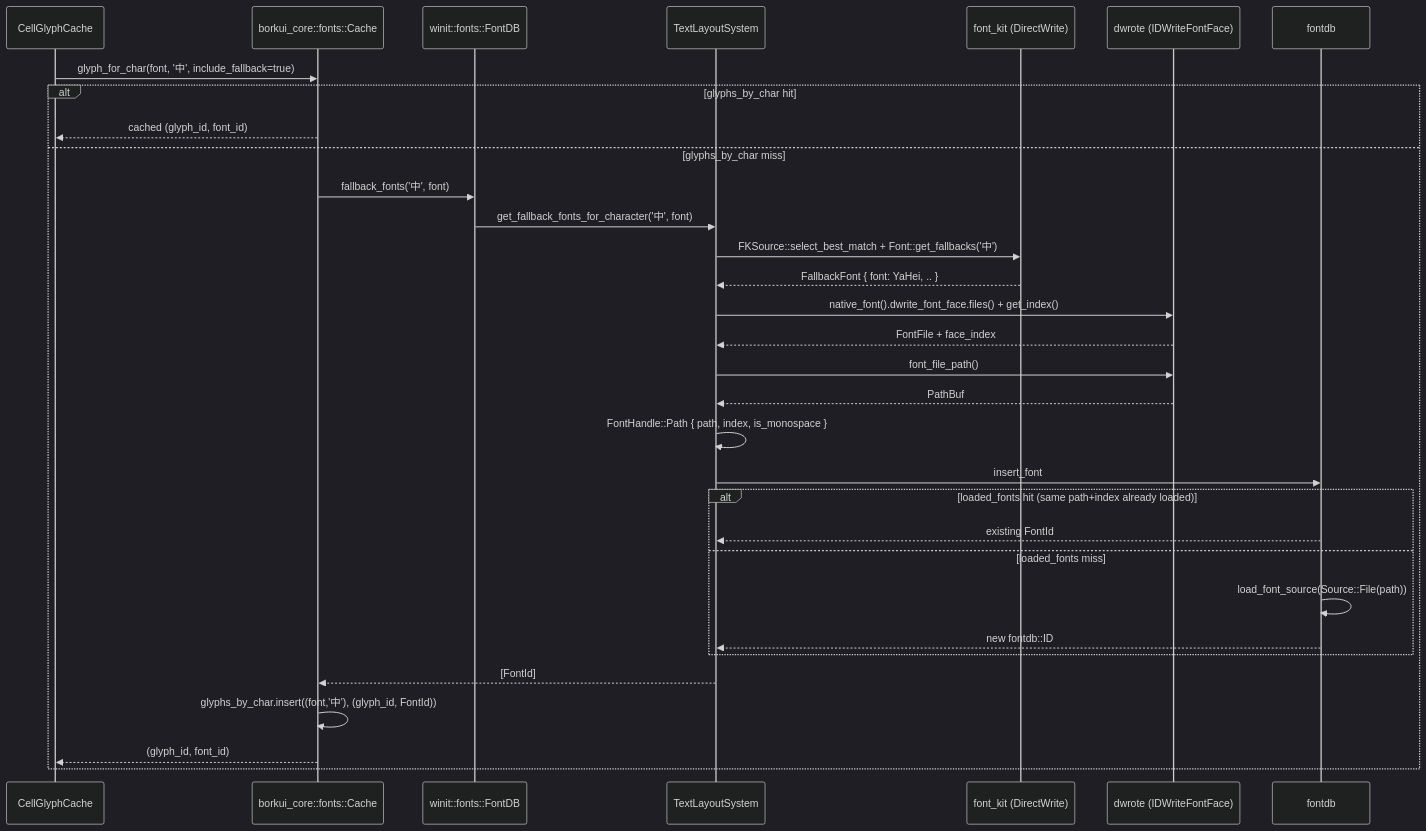
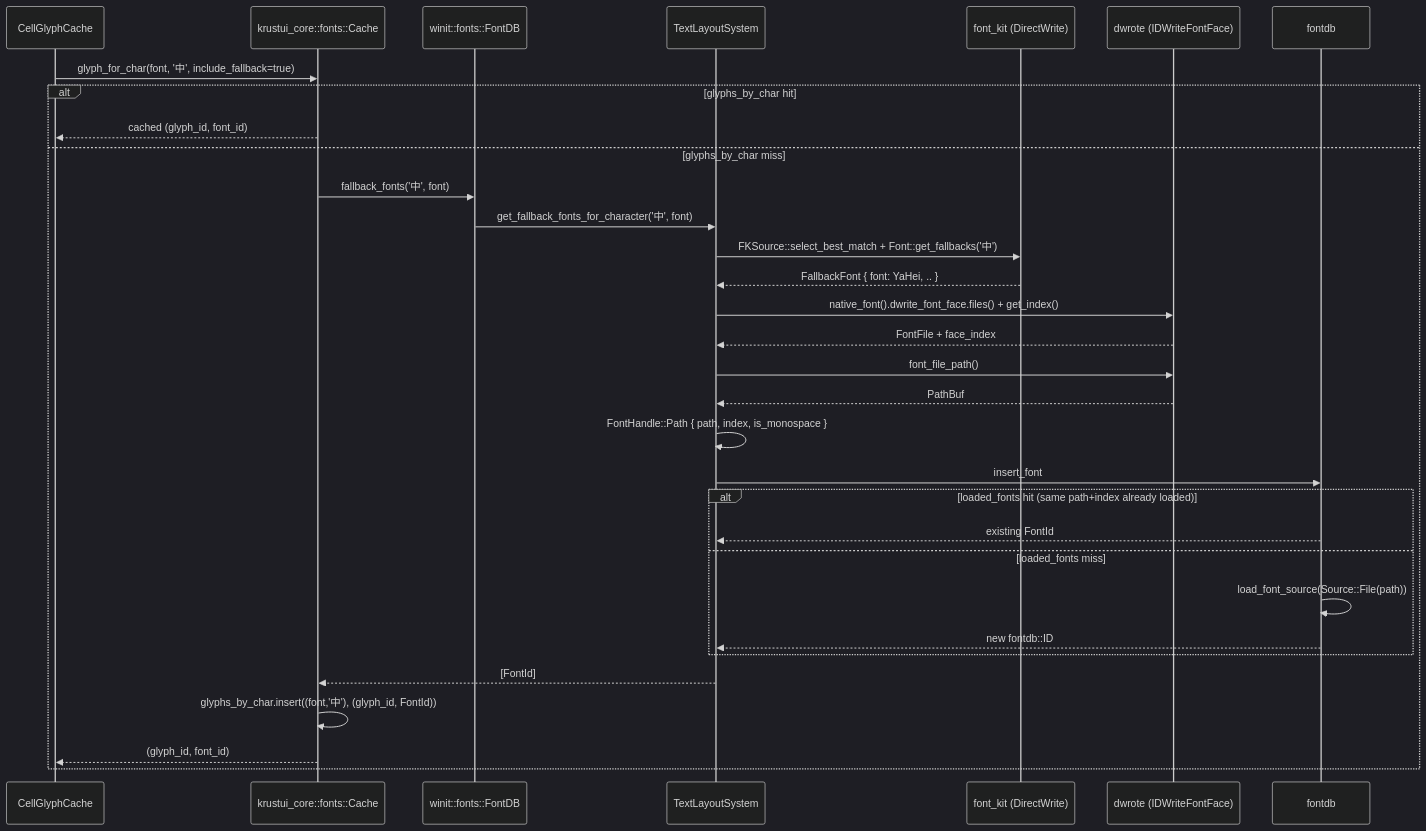
The diagram in specs/APP-4098/TECH.md (antikrust/krust-terminal), drawn with Mermaid (dark theme) before and after one commit. The commit also changed other lines of this file and 4480 other files, not shown here.

````diff
--- a/specs/APP-4098/TECH.md
+++ b/specs/APP-4098/TECH.md
@@ -60,34 +60,34 @@
 ```mermaid
 sequenceDiagram
     participant Grid as CellGlyphCache
-    participant Cache as borkui_core::fonts::Cache
+    participant Cache as krustui_core::fonts::Cache
     participant FontDB as winit::fonts::FontDB
     participant TLS as TextLayoutSystem
     participant FK as font_kit (DirectWrite)
     participant DW as dwrote (IDWriteFontFace)
     participant FdB as fontdb
     Grid->>Cache: glyph_for_char(font, '中', include_fallback=true)
     alt glyphs_by_char hit
         Cache-->>Grid: cached (glyph_id, font_id)
     else glyphs_by_char miss
         Cache->>FontDB: fallback_fonts('中', font)
         FontDB->>TLS: get_fallback_fonts_for_character('中', font)
         TLS->>FK: FKSource::select_best_match + Font::get_fallbacks('中')
         FK-->>TLS: FallbackFont { font: YaHei, .. }
         TLS->>DW: native_font().dwrite_font_face.files() + get_index()
         DW-->>TLS: FontFile + face_index
         TLS->>DW: font_file_path()
         DW-->>TLS: PathBuf
         TLS->>TLS: FontHandle::Path { path, index, is_monospace }
         TLS->>FdB: insert_font
         alt loaded_fonts hit (same path+index already loaded)
             FdB-->>TLS: existing FontId
         else loaded_fonts miss
             FdB->>FdB: load_font_source(Source::File(path))
             FdB-->>TLS: new fontdb::ID
         end
         TLS-->>Cache: [FontId]
         Cache->>Cache: glyphs_by_char.insert((font,'中'), (glyph_id, FontId))
         Cache-->>Grid: (glyph_id, font_id)
     end
 ```
````
